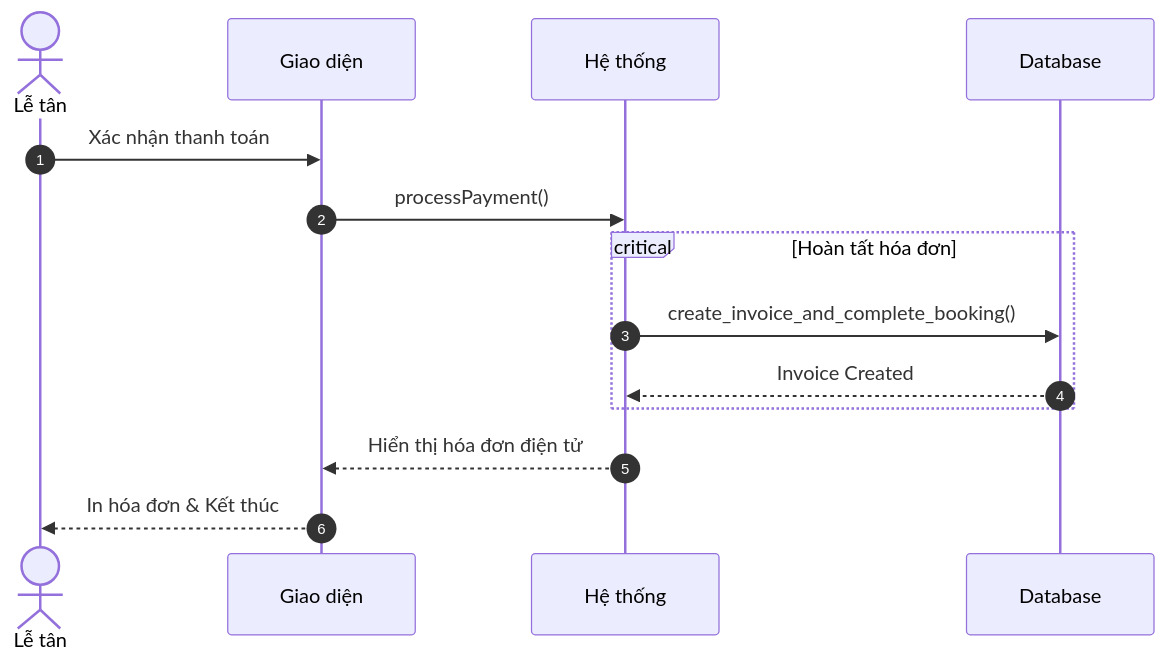
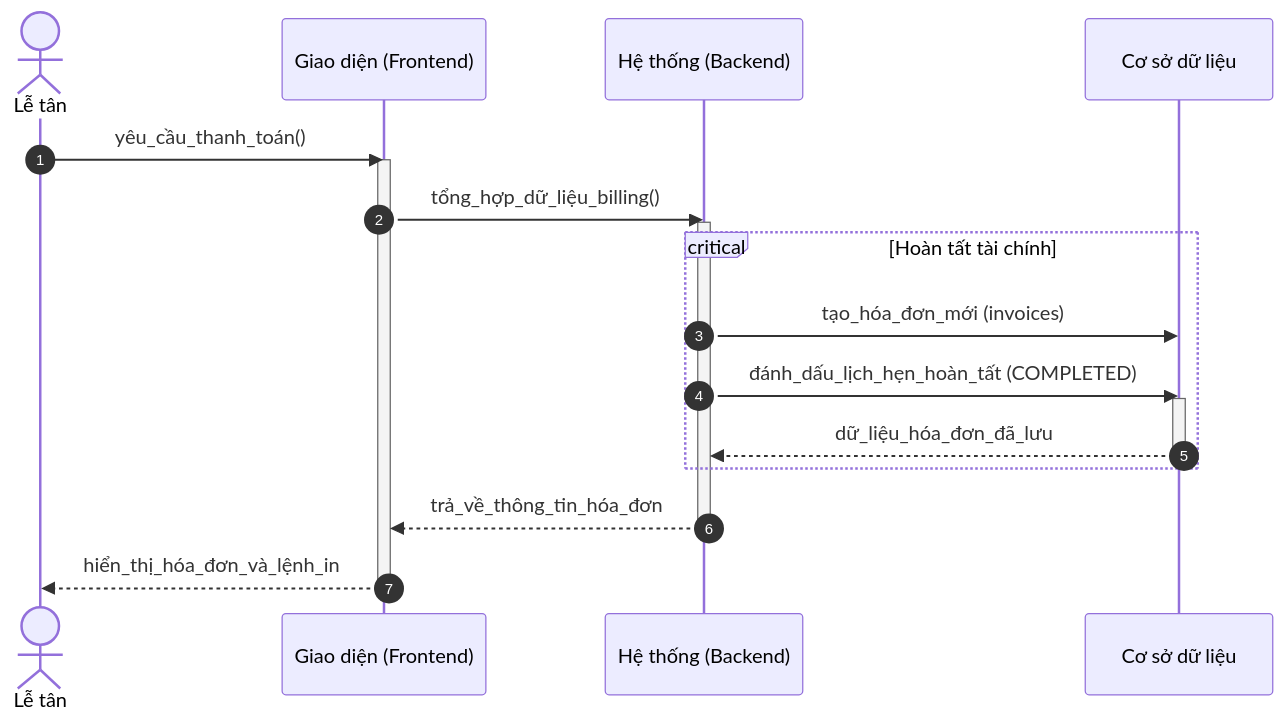
One commit to ngoctinn/Synapse changed the second of 3 diagrams in docs/design/sequences_simplified/receptionist_flows.md. Above: the diagram before and after it, drawn with Mermaid. The commit also changed other lines of this file and 4 other files, not shown here.

Commit message:
docs: Add simplified sequence diagrams for receptionist, technician, admin, customer, and authentication flows.

````diff
--- a/docs/design/sequences_simplified/receptionist_flows.md
+++ b/docs/design/sequences_simplified/receptionist_flows.md
@@ -85,19 +41,26 @@
 ```mermaid
 sequenceDiagram
     autonumber
     actor LT as Lễ tân
-    participant UI as Giao diện
-    participant HT as Hệ thống
-    participant DB as Database
+    participant FE as Giao diện (Frontend)
+    participant BE as Hệ thống (Backend)
+    participant DB as Cơ sở dữ liệu
 
-    LT->>UI: Xác nhận thanh toán
-    UI->>HT: processPayment()
+    LT->>FE: yêu_cầu_thanh_toán()
+    activate FE
+    FE->>BE: tổng_hợp_dữ_liệu_billing()
+    activate BE
 
-    critical Hoàn tất hóa đơn
-        HT->>DB: create_invoice_and_complete_booking()
-        DB-->>HT: Invoice Created
+    critical Hoàn tất tài chính
+        BE->>DB: tạo_hóa_đơn_mới (invoices)
+        BE->>DB: đánh_dấu_lịch_hẹn_hoàn_tất (COMPLETED)
+        activate DB
+        DB-->>BE: dữ_liệu_hóa_đơn_đã_lưu
+        deactivate DB
     end
 
-    HT-->>UI: Hiển thị hóa đơn điện tử
-    UI-->>LT: In hóa đơn & Kết thúc
+    BE-->>FE: trả_về_thông_tin_hóa_đơn
+    deactivate BE
+    FE-->>LT: hiển_thị_hóa_đơn_và_lệnh_in
+    deactivate FE
 ```
````
